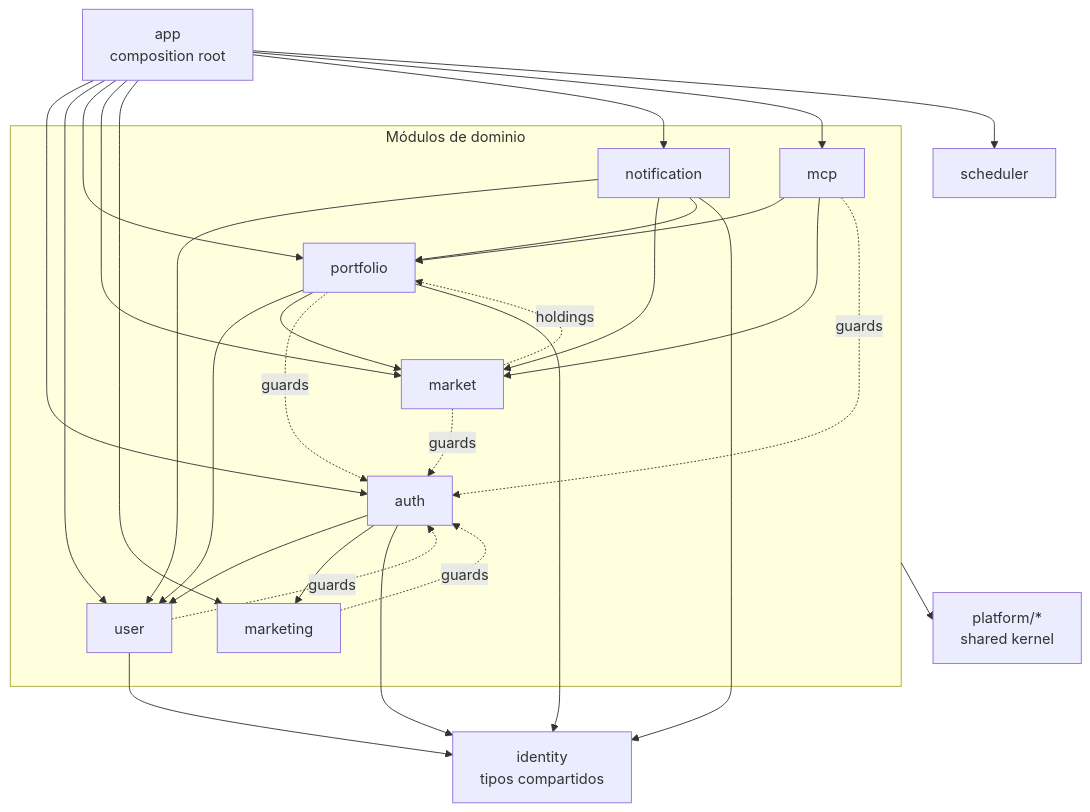
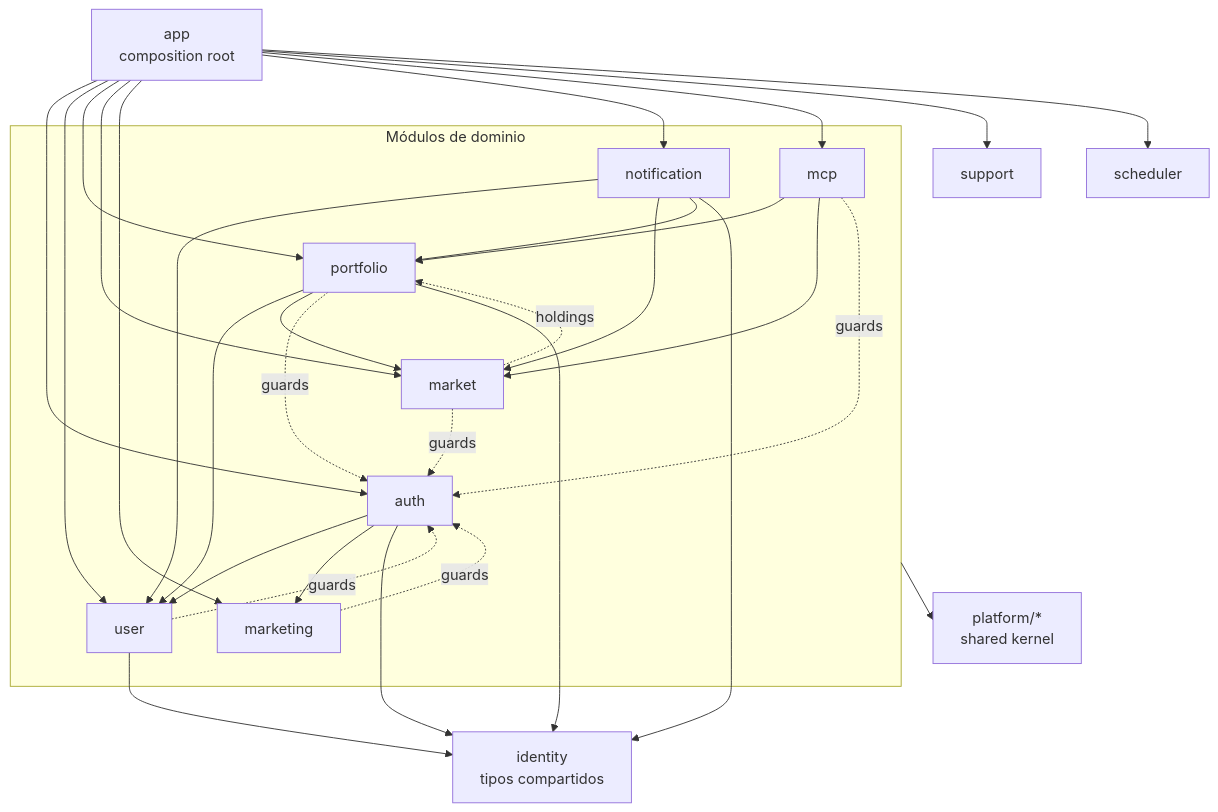
One commit to yeferson59/finexia-app changed the diagram in docs/ARCHITECTURE.md. Above: the diagram before and after it, drawn with Mermaid. The commit also changed other lines of this file and 56 other files, not shown here.

````diff
--- a/docs/ARCHITECTURE.md
+++ b/docs/ARCHITECTURE.md
@@ -109,40 +111,41 @@
 ```mermaid
 graph TD
     app[app<br/>composition root]
     subgraph domain[Módulos de dominio]
         auth --> user
         auth --> marketing
         portfolio --> user
         portfolio --> market
         notification --> user
         notification --> market
         notification --> portfolio
         mcp --> portfolio
         mcp --> market
 
         user -. guards .-> auth
         marketing -. guards .-> auth
         portfolio -. guards .-> auth
         market -. guards .-> auth
         mcp -. guards .-> auth
         market -. holdings .-> portfolio
     end
     identity[identity<br/>tipos compartidos]
     platform[platform/*<br/>shared kernel]
 
     app --> auth
     app --> user
     app --> portfolio
     app --> market
     app --> marketing
     app --> notification
     app --> mcp
+    app --> support
     app --> scheduler
 
     auth --> identity
     user --> identity
     portfolio --> identity
     notification --> identity
 
     domain --> platform
 ```
````
